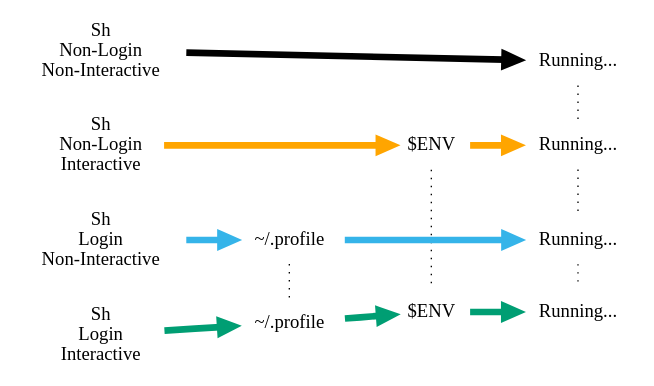
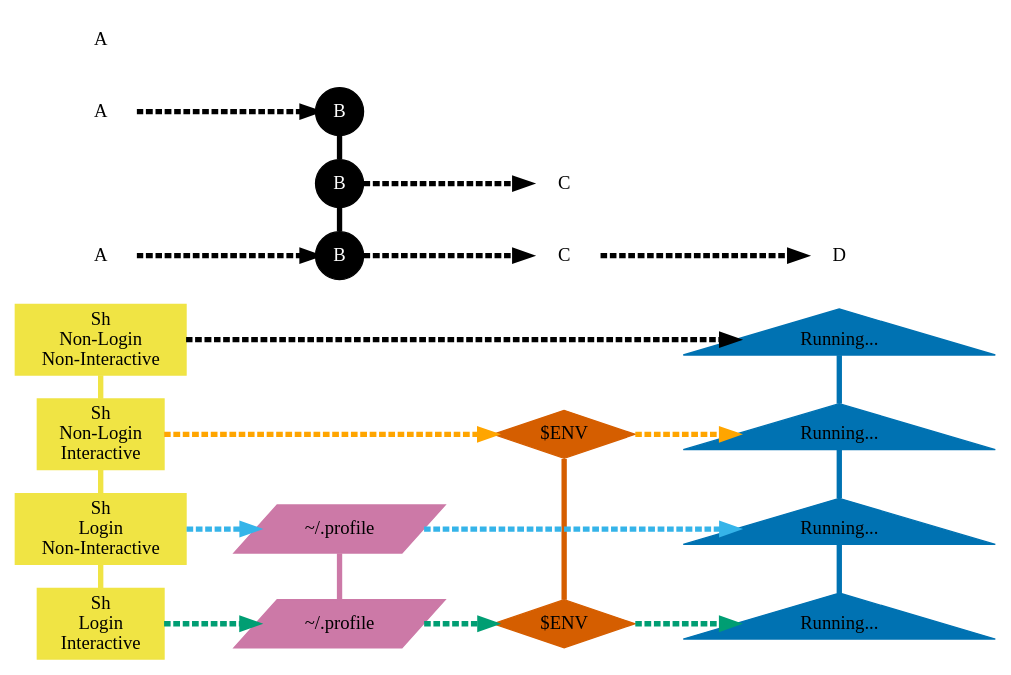
One commit to mikemol/mikemol.github.io changed the diagram in assets/sh-zsh-bash-refactor/samerankplus/samerankplus.dot. Above: the diagram before and after it, drawn with Graphviz. The commit also changed 8 other files, not shown here.

```diff
--- a/assets/sh-zsh-bash-refactor/samerankplus/samerankplus.dot
+++ b/assets/sh-zsh-bash-refactor/samerankplus/samerankplus.dot
@@ -1,47 +1,80 @@
 digraph {
-    node [label="\N" shape=none]
-    edge [style=dotted constraint=false dir=none]
+    node [label="\N" style=filled]
+    edge [style=solid penwidth=4 constraint=false dir=none]
     rankdir=LR
+    newrank=true
     {
         rank=same
+        node [color="#F0E444" fontcolor=black shape=box]
+        edge [constraint=false color="#f0E444"]
         sh_nn [label="Sh\nNon-Login\nNon-Interactive"]
         sh_ni [label="Sh\nNon-Login\nInteractive"]
         sh_ln [label="Sh\nLogin\nNon-Interactive"]
         sh_li [label="Sh\nLogin\nInteractive"]
+
+        sh_nn -> sh_ni -> sh_ln -> sh_li
     }
     {
         rank=same
-        edge [constraint=true]
-        node [label="Running..."]
+        edge [constraint=false color="#0072B2"]
+        node [label="Running..." color="#0072B2" shape=triangle]
         sh_nn_running ->
         sh_ni_running ->
         sh_ln_running ->
         sh_li_running
     }
     {
         rank=same
-        node [label="$ENV"]
+        node [label="$ENV" color="#D55E00" shape=diamond]
+        edge [color="#d55e00"]
         sh_ni_env ->
         sh_li_env
     }
     {
         rank=same
-        node [label="~/.profile"]
+        node [label="~/.profile" color="#cc79a7" shape=parallelogram]
+        edge [color="#cc79a7"]
         sh_ln_home_profile ->
         sh_li_home_profile
     }
+    {
+        rank=same
+        node [color=black fontcolor=white shape=circle]
+        edge [color=black]
+        B2 ->
+        B3 ->
+        B4
+    }
 
-    edge [penwidth=5 constraint=true style=solid dir=forward]
+    edge [penwidth=4 constraint=true style=dashed dir=forward]
+
+    node [shape=none color=white]
+    A4 -> B4 -> C4 -> D4
+    B3 -> C3
+    A2 -> B2
+
+    A1 [label="A"]
+    A2 [label="A"]
+    A4 [label="A"]
+
+    B2 [label="B"]
+    B3 [label="B"]
+    B4 [label="B"]
+
+    C3 [label="C"]
+    C4 [label="C"]
+
+    D4 [label="D"]
 
     edge [color="black"]
     sh_nn -> sh_nn_running
 
     edge [color="orange"]
     sh_ni -> sh_ni_env -> sh_ni_running
     
     edge [color="#35b4e9"]
     sh_ln -> sh_ln_home_profile -> sh_ln_running
 
     edge [color="#009e73"]
     sh_li -> sh_li_home_profile -> sh_li_env -> sh_li_running
 }
```
